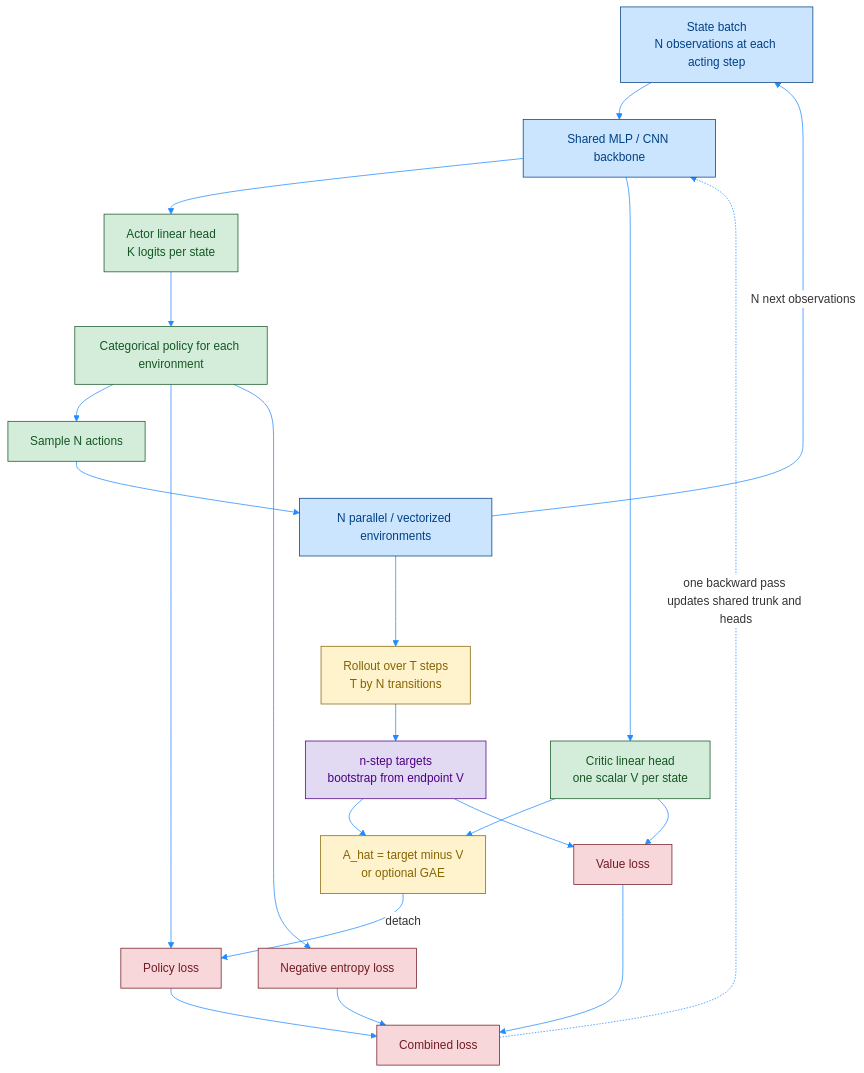
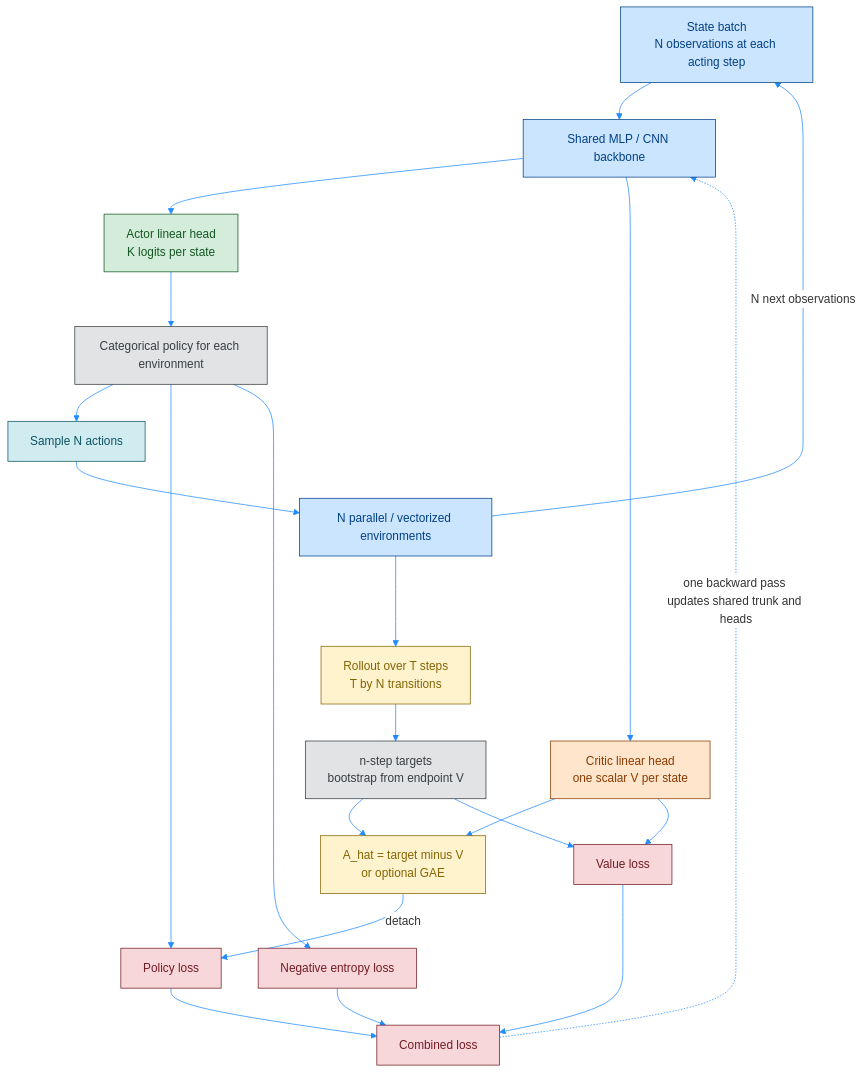
The first of 3 diagrams in Day81 RL python/02_Miguel Morales - Grokking Deep Reinforcement Learning/02_rl_with_dl/rom_photos/10_1_PB_actor-critic_A2C.md (Open-Source-Robotics-For-Myanmar/rl), drawn with Mermaid before and after one commit. The commit also changed other lines of this file and 12 other files, not shown here.

````diff
--- a/Day81 RL python/02_Miguel Morales - Grokking Deep Reinforcement Learning/02_rl_with_dl/rom_photos/10_1_PB_actor-critic_A2C.md
+++ b/Day81 RL python/02_Miguel Morales - Grokking Deep Reinforcement Learning/02_rl_with_dl/rom_photos/10_1_PB_actor-critic_A2C.md
@@ -23,35 +40,40 @@
 ```mermaid
 %%{init: {'theme': 'base', 'themeVariables': { 'primaryColor': '#ffffff', 'lineColor': '#218bff'}}}%%
 flowchart TD
     S["State batch<br/>N observations at each acting step"] --> F["Shared MLP / CNN backbone"]
     F --> P["Actor linear head<br/>K logits per state"]
     F --> V["Critic linear head<br/>one scalar V per state"]
     P --> D["Categorical policy for each environment"]
     D --> A["Sample N actions"]
     A --> E["N parallel / vectorized environments"]
     E -->|"N next observations"| S
     E --> B["Rollout over T steps<br/>T by N transitions"]
     B --> R["n-step targets<br/>bootstrap from endpoint V"]
     R --> ADV["A_hat = target minus V<br/>or optional GAE"]
     V --> ADV
     ADV -->|"detach"| LP["Policy loss"]
     D --> LP
     D --> H["Negative entropy loss"]
     V --> LV["Value loss"]
     R --> LV
     LP --> L["Combined loss"]
     H --> L
     LV --> L
     L -.->|"one backward pass updates shared trunk and heads"| F
 
     classDef data fill:#cce5ff,stroke:#004085,stroke-width:1px,color:#004085;
-    classDef network fill:#d4edda,stroke:#155724,stroke-width:1px,color:#155724;
     classDef batch fill:#fff3cd,stroke:#856404,stroke-width:1px,color:#856404;
-    classDef target fill:#e2d9f3,stroke:#4b0082,stroke-width:1px,color:#4b0082;
     classDef train fill:#f8d7da,stroke:#721c24,stroke-width:1px,color:#721c24;
+    classDef process fill:#d1ecf1,stroke:#0c5460,stroke-width:1px,color:#0c5460;
+    classDef result fill:#e2e3e5,stroke:#383d41,stroke-width:1px,color:#383d41;
+    classDef policyNetwork fill:#d4edda,stroke:#155724,stroke-width:1px,color:#155724;
+    classDef valueNetwork fill:#ffe5cc,stroke:#8a3b00,stroke-width:1px,color:#8a3b00;
+
     class S,F,E data;
-    class P,V,D,A network;
     class B,ADV batch;
-    class R target;
     class LP,H,LV,L train;
+    class A process;
+    class D,R result;
+    class P policyNetwork;
+    class V valueNetwork;
 ```
````
